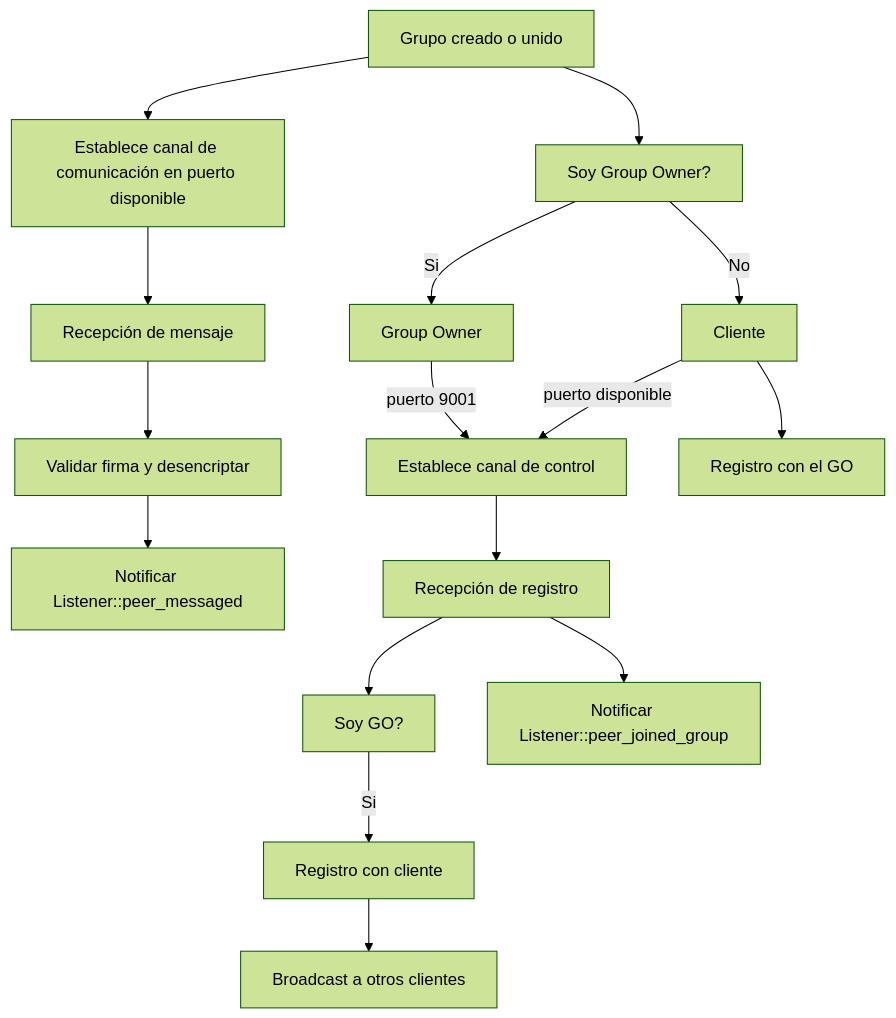
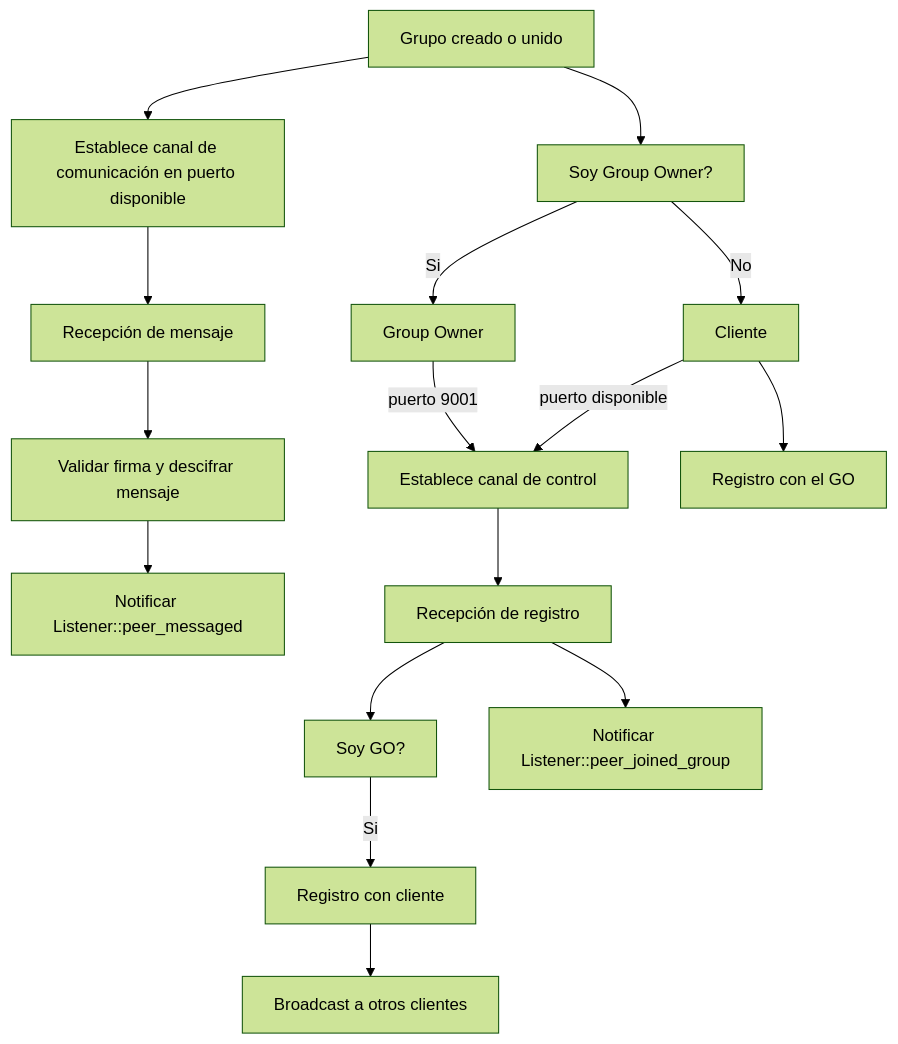
Before and after one commit to emilio/ngn: the diagram in doc/images/01-flux.mmd, drawn with Mermaid (forest theme). The commit also changed 7 other files, not shown here.

```diff
--- a/doc/images/01-flux.mmd
+++ b/doc/images/01-flux.mmd
@@ -1,14 +1,14 @@
 flowchart TD
   A[Grupo creado o unido] --> B[Soy Group Owner?]
   A --> COMM[Establece canal de comunicación en puerto disponible]
   B -->|Si| GO[Group Owner]
   B -->|No| C[Cliente]
   GO -->|puerto 9001| CONTROL[Establece canal de control]
-  COMM --> MSG1[Recepción de mensaje] --> MSG2[Validar firma y desencriptar] --> MSG3[Notificar Listener::peer_messaged]
+  COMM --> MSG1[Recepción de mensaje] --> MSG2[Validar firma y descifrar mensaje] --> MSG3[Notificar Listener::peer_messaged]
   C -->|puerto disponible| CONTROL
   C --> REG1[Registro con el GO]
   CONTROL --> RECV[Recepción de registro]
   RECV --> RECV1[Soy GO?]
        -->|Si| REGC[Registro con cliente]
        -->BC[Broadcast a otros clientes]
   RECV --> NOT1[Notificar Listener::peer_joined_group]
```
